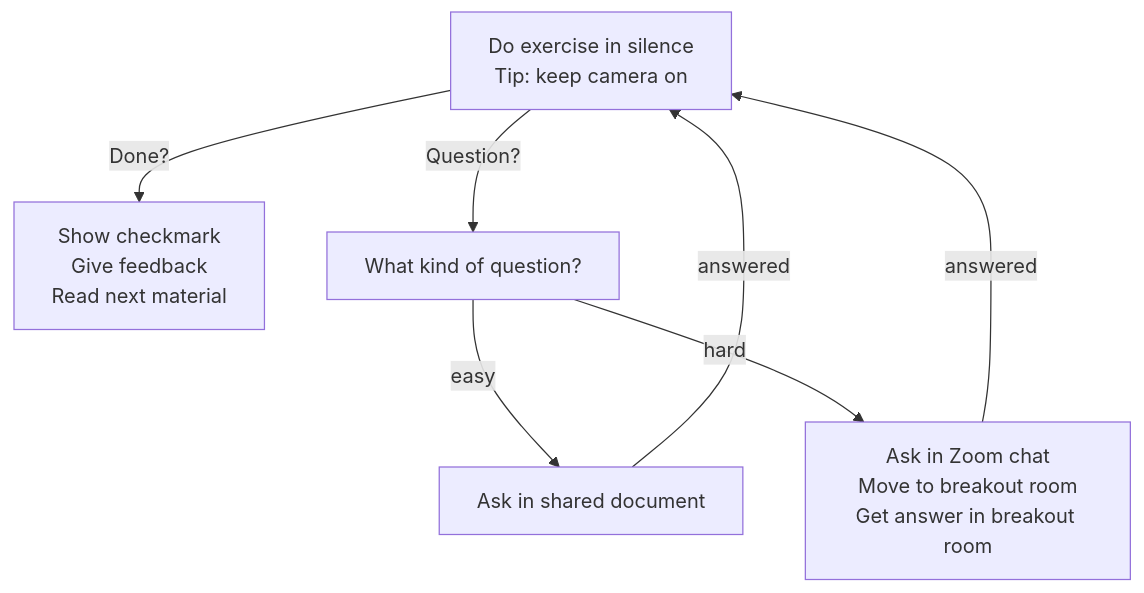
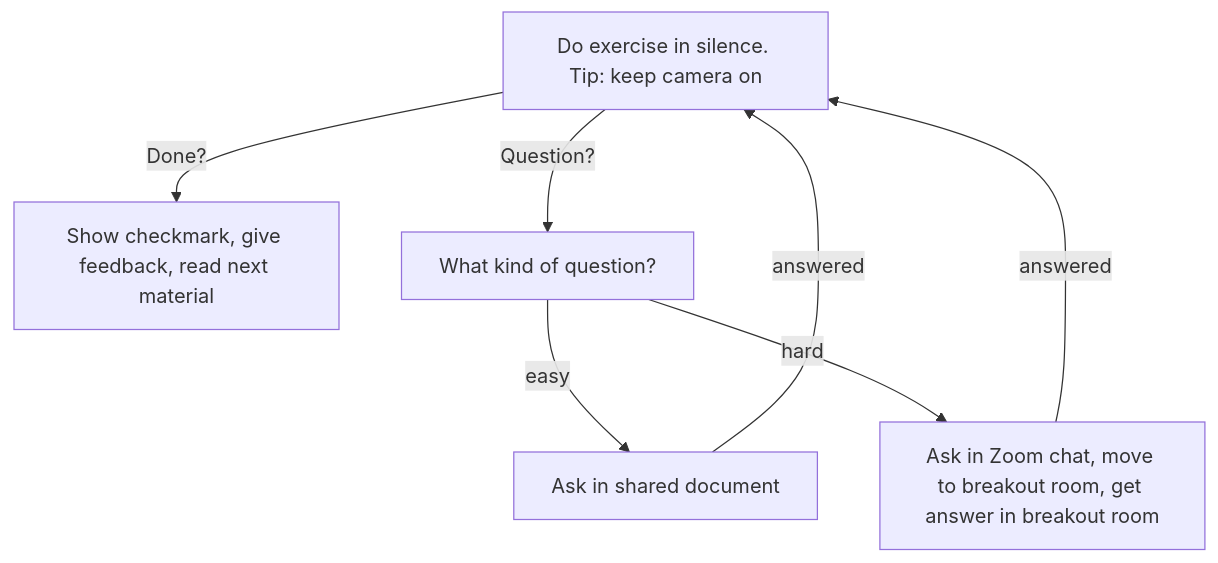
The diagram in reflections/20240419/20240419_richel.md (UPPMAX/bianca_workshop), drawn with Mermaid before and after one commit. The commit also changed 3 other files, not shown here.

````diff
--- a/reflections/20240419/20240419_richel.md
+++ b/reflections/20240419/20240419_richel.md
@@ -38,15 +38,15 @@
 ```mermaid
 flowchart TD
-  start[Do exercise in silence\nTip: keep camera on]
-  done[Show checkmark\nGive feedback\nRead next material]
+  start[Do exercise in silence. Tip: keep camera on]
+  done[Show checkmark, give feedback, read next material]
   question[What kind of question?]
   easy_question[Ask in shared document]
-  hard_question[Ask in Zoom chat\nMove to breakout room\nGet answer in breakout room]
+  hard_question[Ask in Zoom chat, move to breakout room, get answer in breakout room]
 
   start --> |Done?| done
   start --> |Question?| question
   question --> |easy| easy_question
   question --> |hard| hard_question
   easy_question --> |answered| start
   hard_question --> |answered| start
 ```
````
